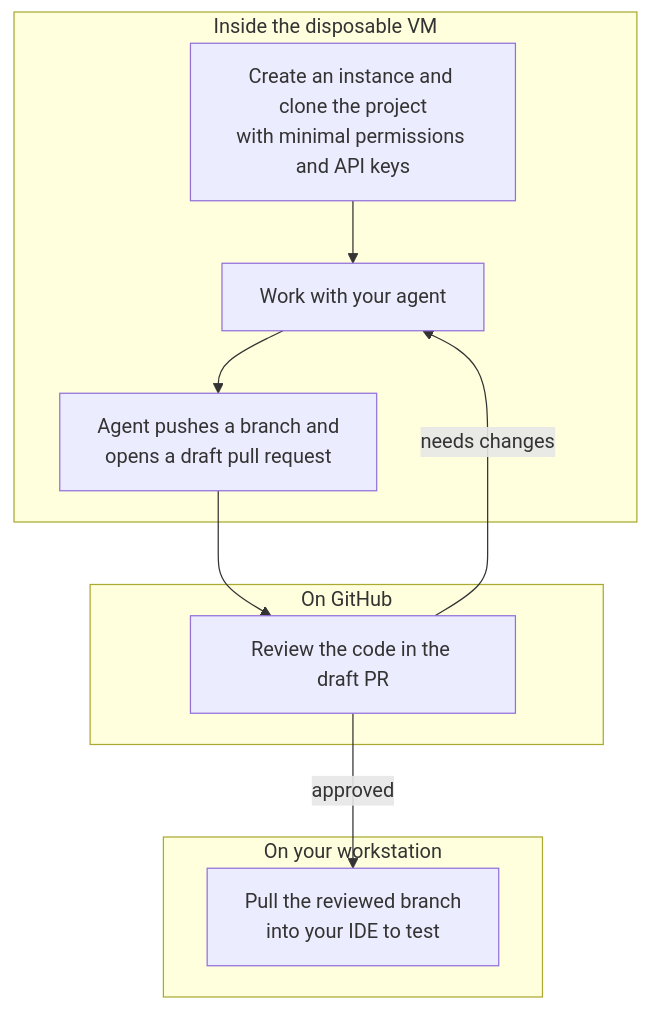
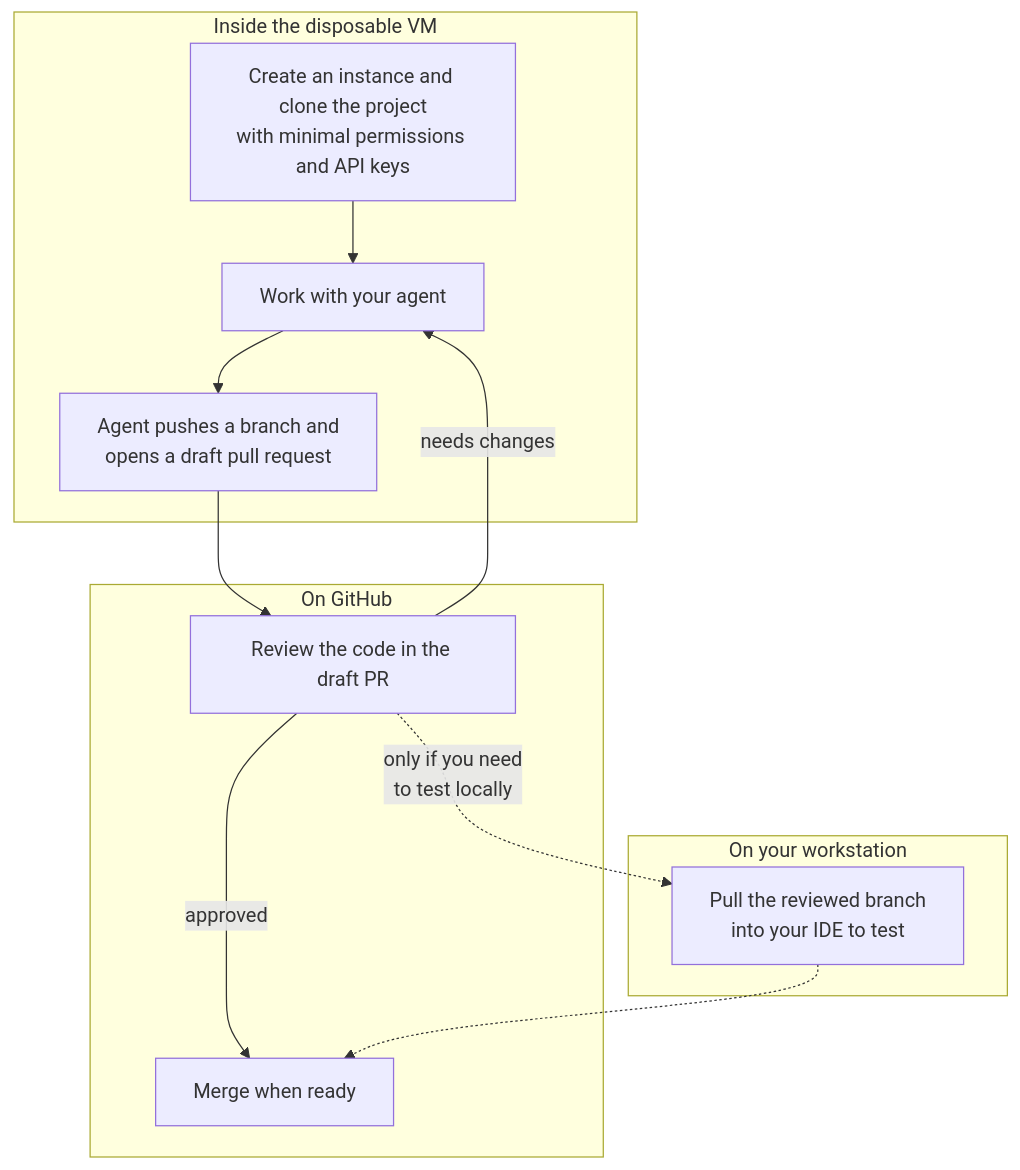
One commit to Lullabot/sandbar changed the diagram in docs/why.md. Above: the diagram before and after it, drawn with Mermaid.

Commit message:
docs(why): mark local testing as optional in the workflow diagram
Claude-Session: https://claude.ai/code/session_01FW3WhR9isRiTHQArpdBjwP

````diff
--- a/docs/why.md
+++ b/docs/why.md
@@ -78,19 +78,22 @@
 ```mermaid
 graph TD
     subgraph vm [Inside the disposable VM]
         A[Create an instance and clone the project<br>with minimal permissions and API keys]
         B[Work with your agent]
         C[Agent pushes a branch and<br>opens a draft pull request]
     end
     subgraph gh [On GitHub]
         D[Review the code in the draft PR]
+        F[Merge when ready]
     end
     subgraph ws [On your workstation]
         E[Pull the reviewed branch<br>into your IDE to test]
     end
     A --> B
     B --> C
     C --> D
     D -- needs changes --> B
-    D -- approved --> E
+    D -- approved --> F
+    D -. only if you need<br>to test locally .-> E
+    E -.-> F
 ```
````
